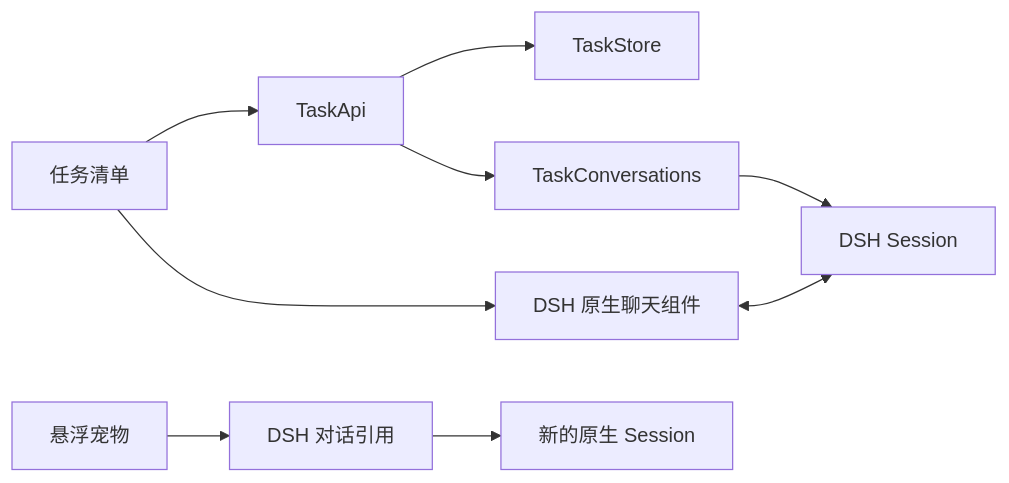
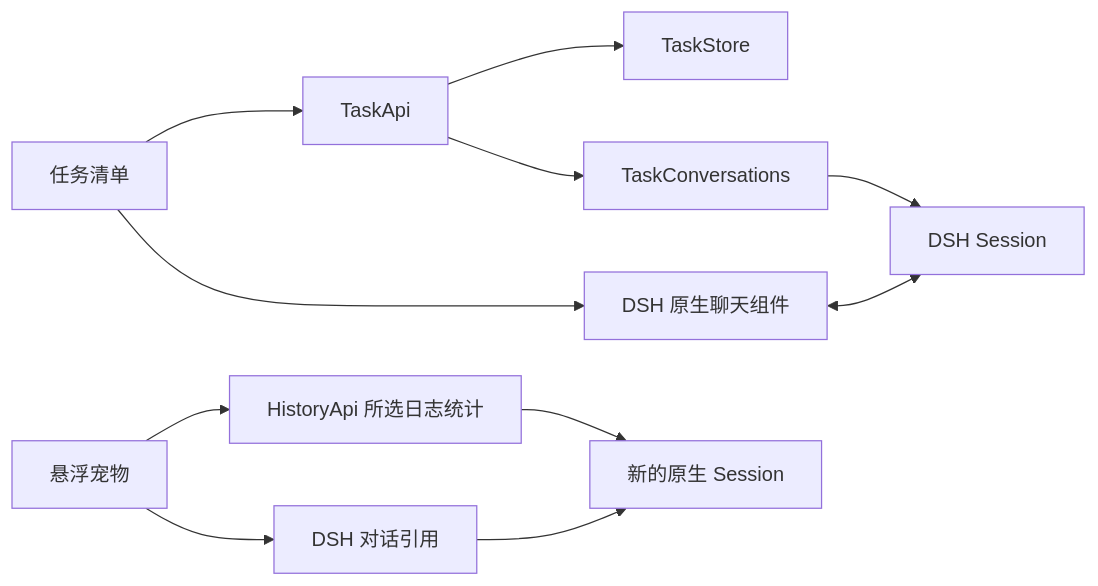
Before and after one commit to guliqianxun/team_dsh: the diagram in docs/architecture.md, drawn with Mermaid. The commit also changed other lines of this file and 31 other files, not shown here.

````diff
--- a/docs/architecture.md
+++ b/docs/architecture.md
@@ -5,11 +5,13 @@
 ```mermaid
 flowchart LR
     UI[任务清单] --> API[TaskApi]
     API --> STORE[TaskStore]
     API --> OPEN[TaskConversations]
     OPEN --> DSH[DSH Session]
     UI --> CHAT[DSH 原生聊天组件]
     CHAT <--> DSH
-    PET[悬浮宠物] --> REFERENCES[DSH 对话引用]
+    PET[悬浮宠物] --> MEASURE[HistoryApi 所选日志统计]
+    MEASURE --> REVIEW
+    PET --> REFERENCES[DSH 对话引用]
     REFERENCES --> REVIEW[新的原生 Session]
 ```
````
